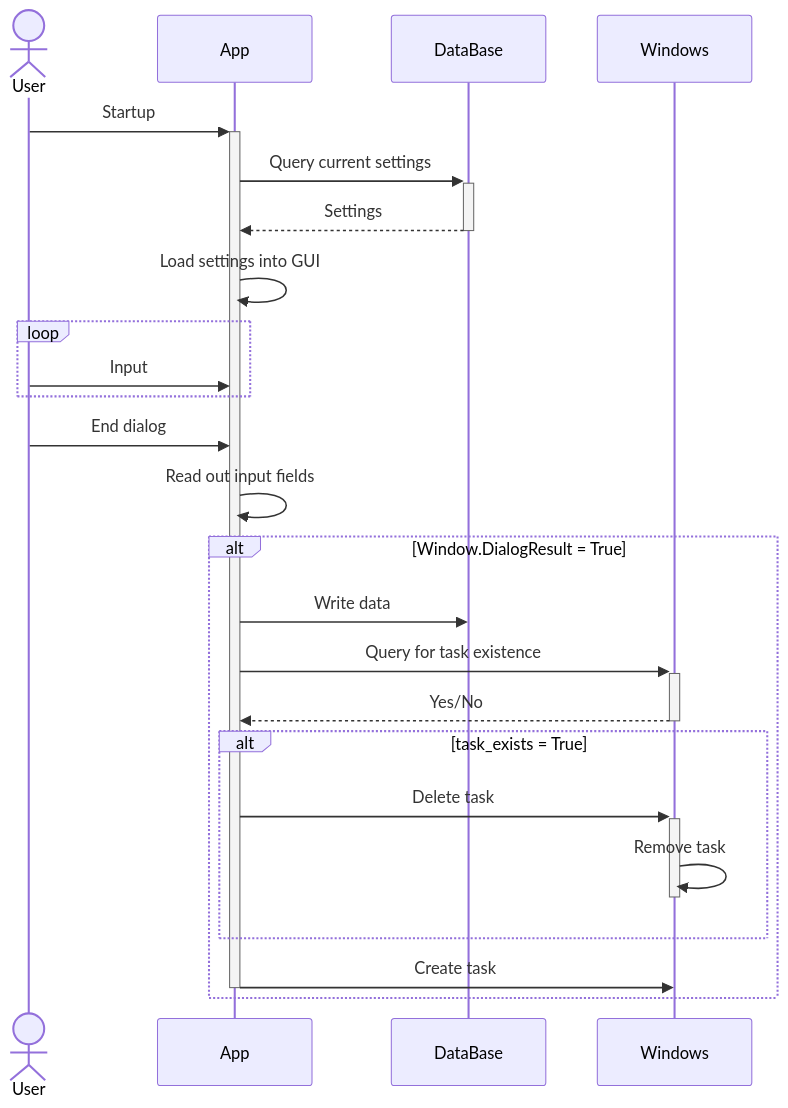
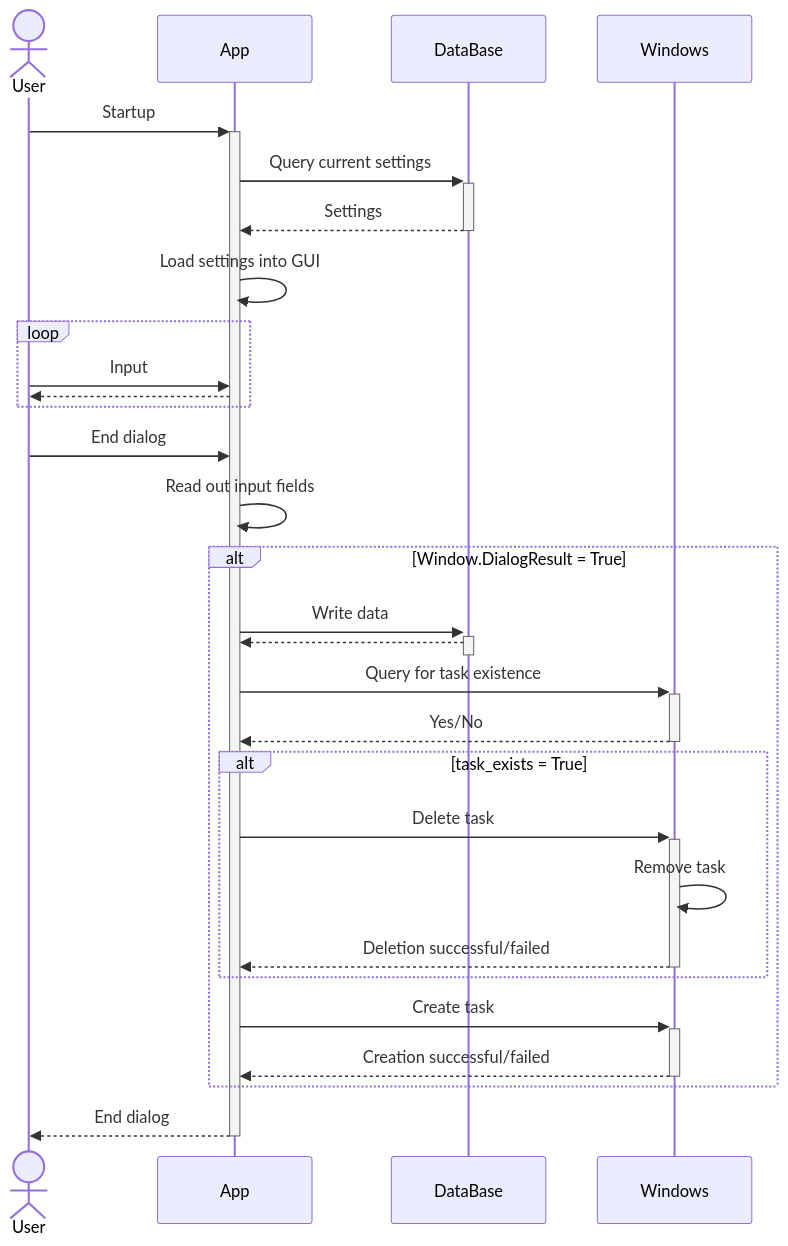
The fourth of 5 diagrams in README.md (chris234567/Dell-Night-Light), drawn with Mermaid before and after one commit. The commit also changed other lines of this file, not shown here.

Commit message:
Corrections for State- & Sequencediagrams

````diff
--- a/README.md
+++ b/README.md
@@ -181,33 +181,40 @@
 ```mermaid
     sequenceDiagram
     actor User
     participant App
     participant DataBase
     participant Windows
-
+    
+    
     User ->>+ App : Startup
     App ->>+ DataBase : Query current settings
     DataBase -->>- App : Settings 
     App ->> App : Load settings into GUI
 
     loop
         User ->> App : Input
+        App -->> User : 
     end
 
     User ->> App : End dialog
     App ->> App : Read out input fields
 
     alt Window.DialogResult = True
-        App ->> DataBase : Write data
+        App ->>+ DataBase : Write data
+        DataBase -->>- App : 
         App ->>+ Windows : Query for task existence
         Windows -->>- App : Yes/No
 
         alt task_exists = True
             App ->>+ Windows : Delete task
-            Windows ->>- Windows : Remove task
+            Windows ->> Windows : Remove task
+            Windows -->>- App : Deletion successful/failed
         end
 
-        App ->>- Windows : Create task
+        App ->>+ Windows : Create task
+        Windows -->>- App : Creation successful/failed
     end
-
+    
+    App -->>- User : End dialog
+    
 ```
````
